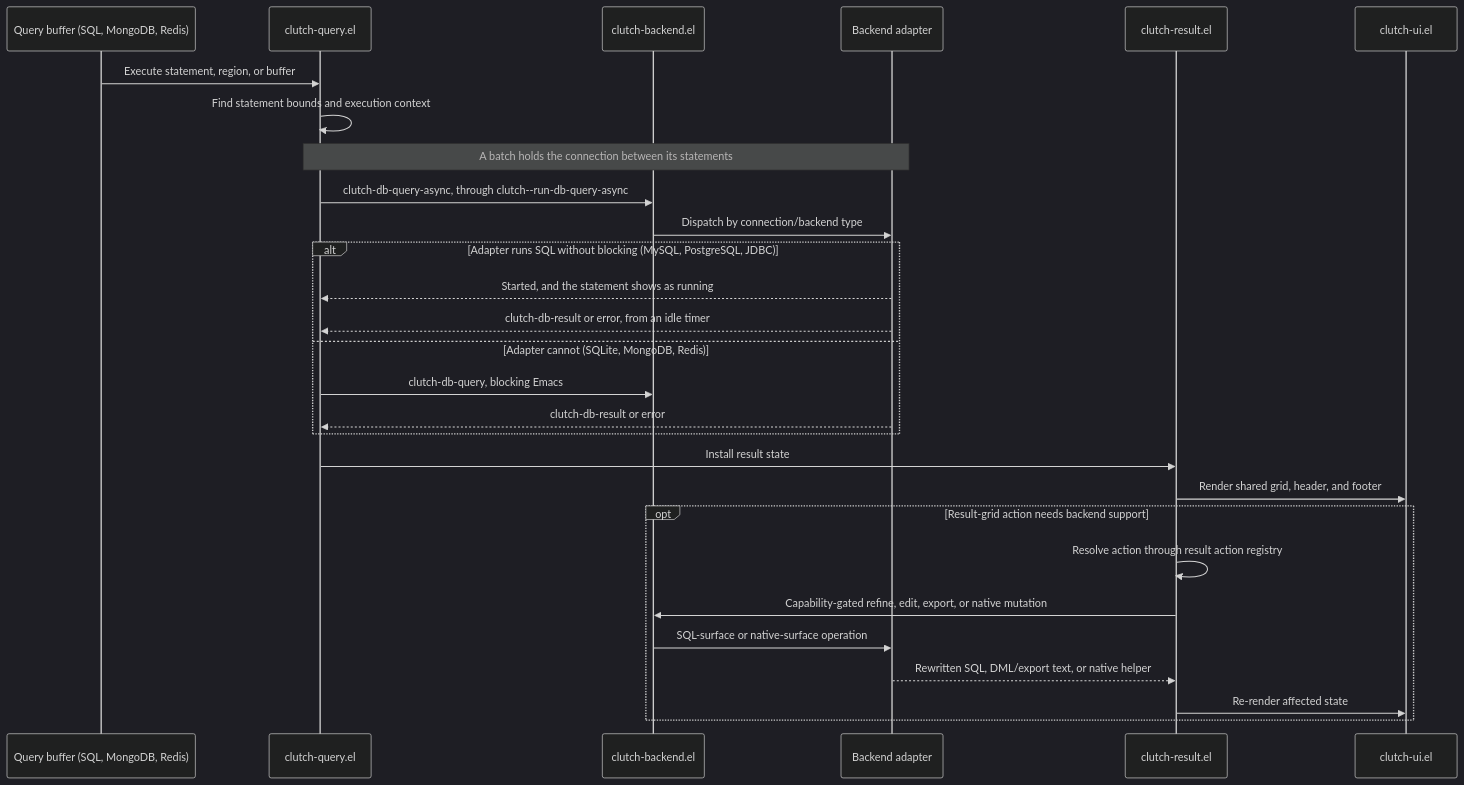
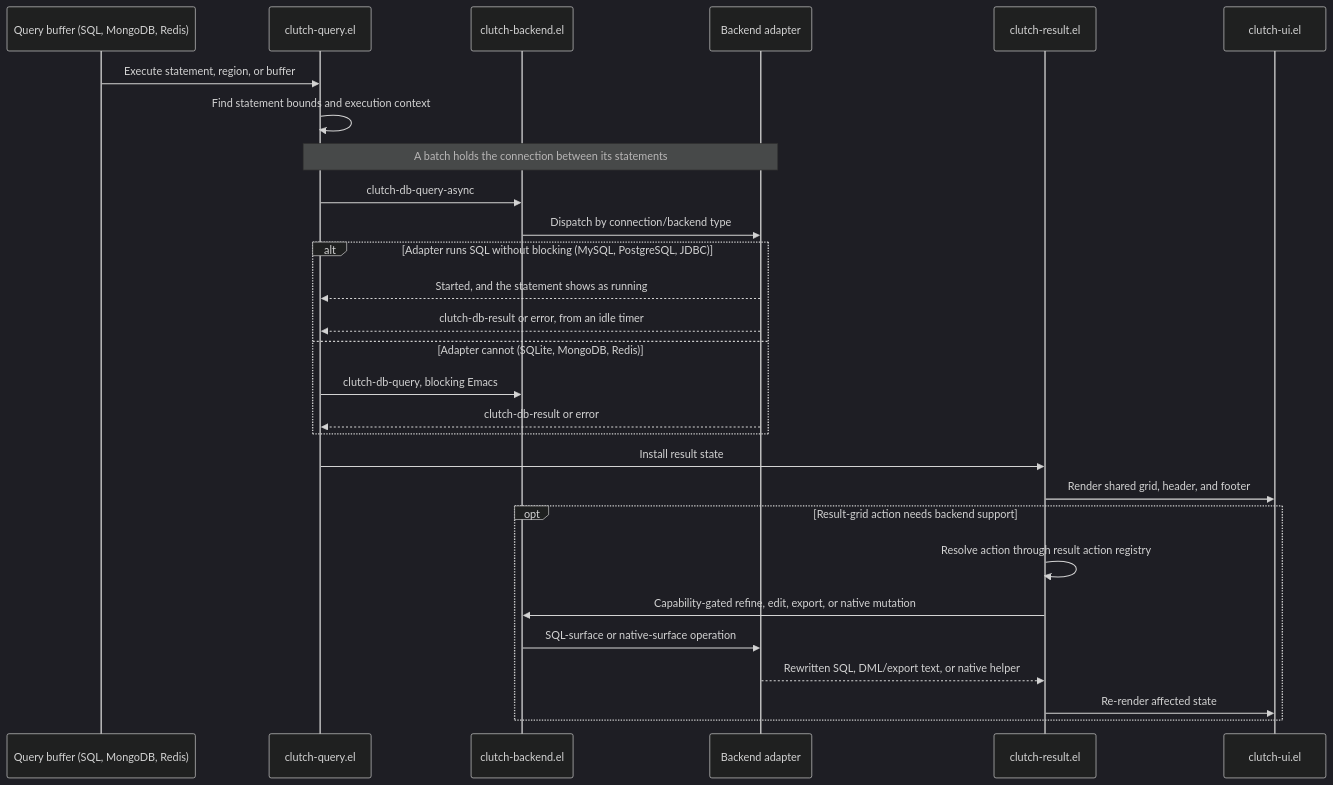
Before and after one commit to LuciusChen/clutch: the fifth of 7 diagrams in docs/architecture.md, drawn with Mermaid (dark theme). The commit also changed other lines of this file, not shown here.

First line of the commit message:
docs: make the architecture diagrams match the code

````diff
--- a/docs/architecture.md
+++ b/docs/architecture.md
@@ -174,31 +211,31 @@
 ```mermaid
 sequenceDiagram
   participant Buffer as Query buffer (SQL, MongoDB, Redis)
   participant Query as clutch-query.el
   participant Backend as clutch-backend.el
   participant Adapter as Backend adapter
   participant Result as clutch-result.el
   participant UI as clutch-ui.el
 
   Buffer->>Query: Execute statement, region, or buffer
   Query->>Query: Find statement bounds and execution context
   Note over Query,Adapter: A batch holds the connection between its statements
-  Query->>Backend: clutch-db-query-async, through clutch--run-db-query-async
+  Query->>Backend: clutch-db-query-async
   Backend->>Adapter: Dispatch by connection/backend type
   alt Adapter runs SQL without blocking (MySQL, PostgreSQL, JDBC)
     Adapter-->>Query: Started, and the statement shows as running
     Adapter-->>Query: clutch-db-result or error, from an idle timer
   else Adapter cannot (SQLite, MongoDB, Redis)
     Query->>Backend: clutch-db-query, blocking Emacs
     Adapter-->>Query: clutch-db-result or error
   end
   Query->>Result: Install result state
   Result->>UI: Render shared grid, header, and footer
   opt Result-grid action needs backend support
     Result->>Result: Resolve action through result action registry
     Result->>Backend: Capability-gated refine, edit, export, or native mutation
     Backend->>Adapter: SQL-surface or native-surface operation
     Adapter-->>Result: Rewritten SQL, DML/export text, or native helper
     Result->>UI: Re-render affected state
   end
 ```
````
